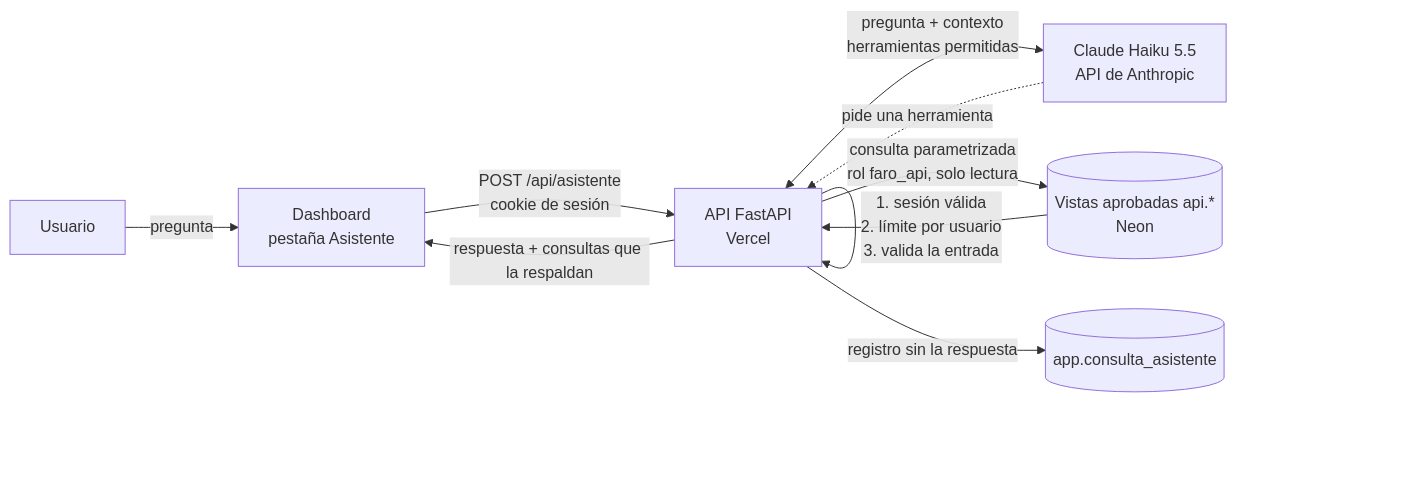
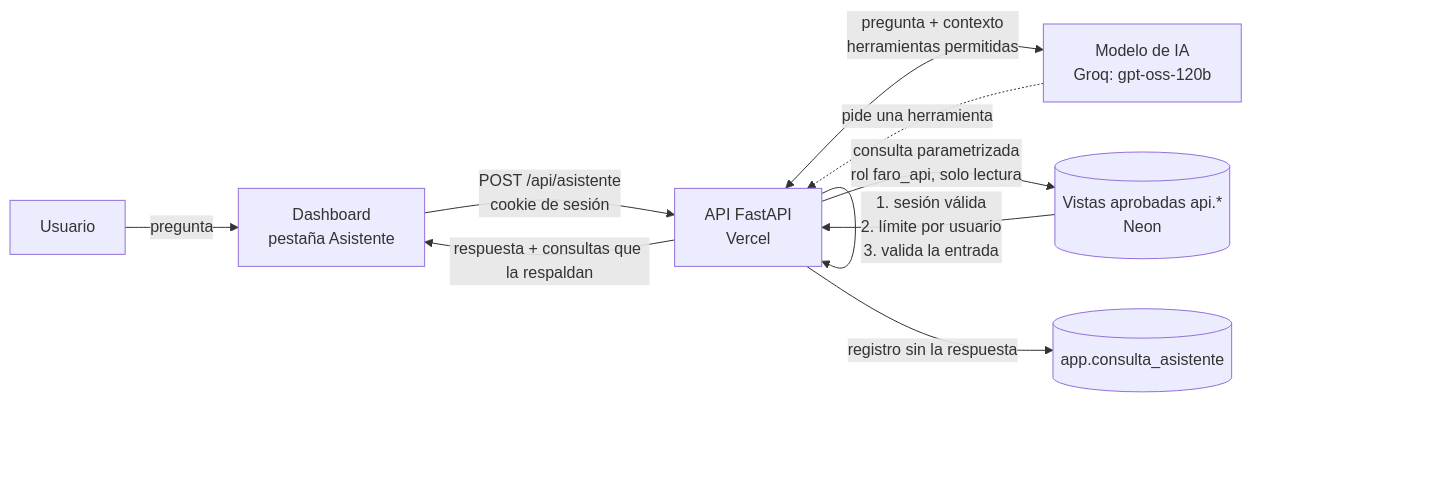
Before and after one commit to jespinal899/Faro: the diagram in documentation/arquitectura/asistente-ia.md, drawn with Mermaid. The commit also changed other lines of this file and 3 other files, not shown here.

````diff
--- a/documentation/arquitectura/asistente-ia.md
+++ b/documentation/arquitectura/asistente-ia.md
@@ -13,12 +13,12 @@
 ```mermaid
 flowchart LR
     U[Usuario] -->|pregunta| W[Dashboard<br/>pestaña Asistente]
     W -->|POST /api/asistente<br/>cookie de sesión| A[API FastAPI<br/>Vercel]
     A -->|1. sesión válida<br/>2. límite por usuario<br/>3. valida la entrada| A
-    A <-->|pregunta + contexto<br/>herramientas permitidas| C[Claude Haiku 5.5<br/>API de Anthropic]
+    A <-->|pregunta + contexto<br/>herramientas permitidas| C[Modelo de IA<br/>Groq: gpt-oss-120b]
     C -.->|pide una herramienta| A
     A -->|consulta parametrizada<br/>rol faro_api, solo lectura| V[(Vistas aprobadas api.*<br/>Neon)]
     V --> A
     A -->|respuesta + consultas que la respaldan| W
     A -->|registro sin la respuesta| R[(app.consulta_asistente)]
 ```
````
